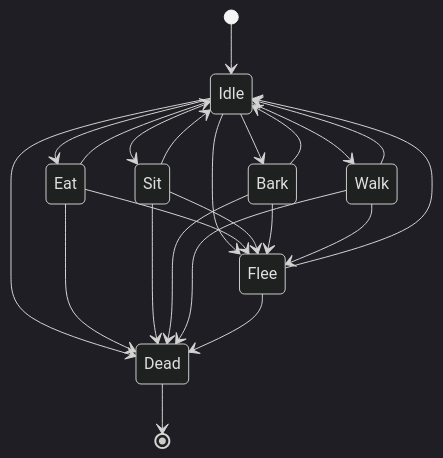
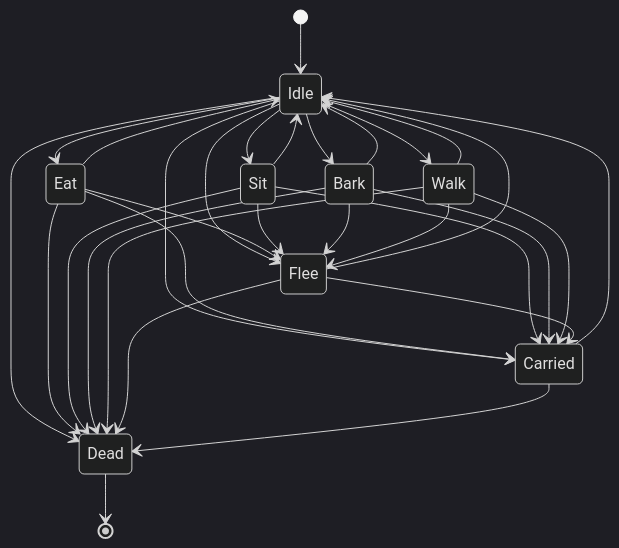
One commit to Kobu-Labs/drycastle changed the first of 39 diagrams in docs/state-machines.md. Above: the diagram before and after it, drawn with Mermaid (dark theme). The commit also changed other lines of this file and 21 other files, not shown here.

````diff
--- a/docs/state-machines.md
+++ b/docs/state-machines.md
@@ -12,25 +12,33 @@
 ```mermaid
 stateDiagram-v2
     [*] --> Idle
     Idle --> Eat
     Idle --> Walk
     Idle --> Sit
     Idle --> Bark
     Idle --> Flee
+    Idle --> Carried
     Idle --> Dead
     Eat --> Idle
     Eat --> Flee
+    Eat --> Carried
     Eat --> Dead
     Sit --> Idle
     Sit --> Flee
+    Sit --> Carried
     Sit --> Dead
     Bark --> Idle
     Bark --> Flee
+    Bark --> Carried
     Bark --> Dead
     Walk --> Idle
     Walk --> Flee
+    Walk --> Carried
     Walk --> Dead
     Flee --> Idle
+    Flee --> Carried
     Flee --> Dead
+    Carried --> Idle
+    Carried --> Dead
     Dead --> [*]
 ```
````
